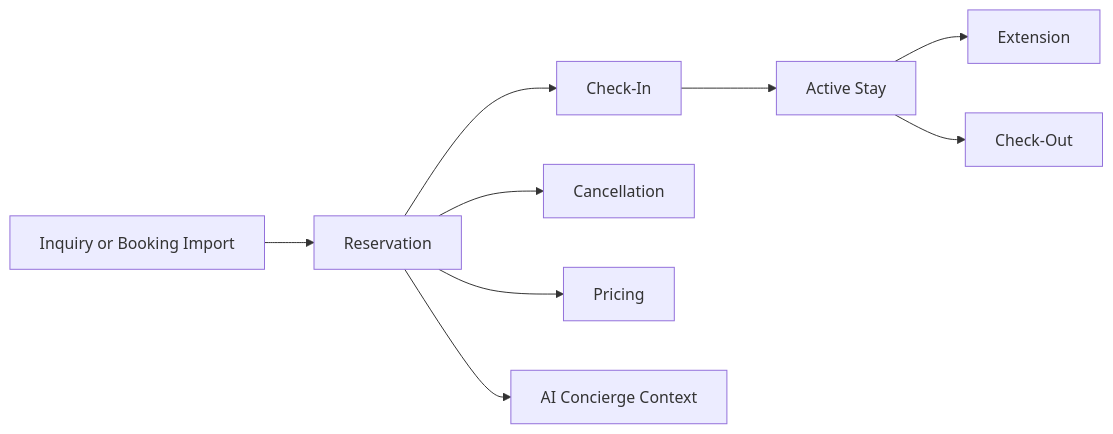
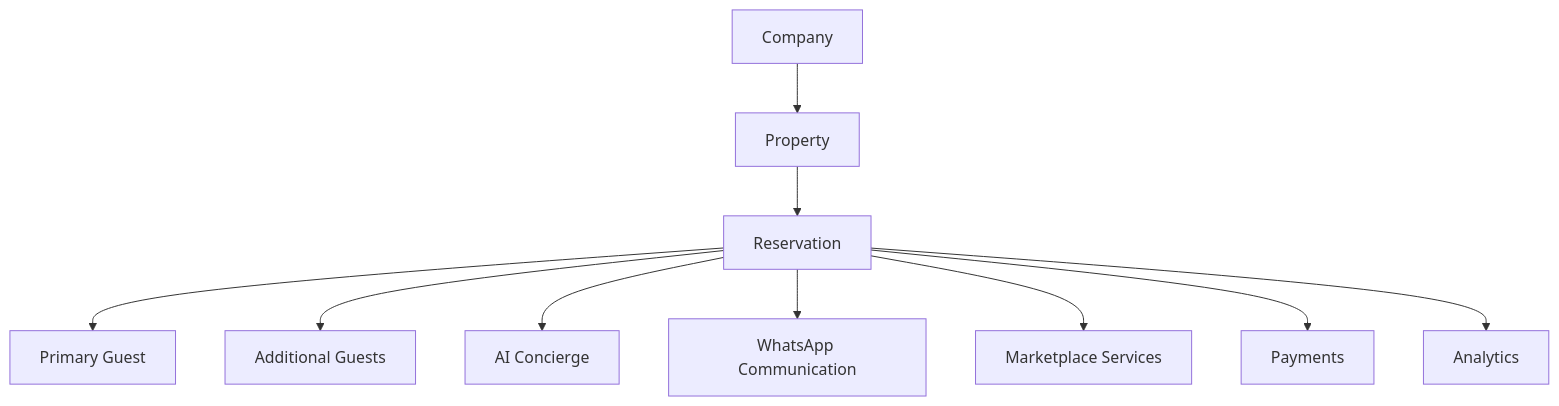
Before and after one commit to Bayomoustapha3730/stayflow-ai: the diagram in docs/product/reservation/README.md, drawn with Mermaid. The commit also changed other lines of this file and 15 other files, not shown here.

````diff
--- a/docs/product/reservation/README.md
+++ b/docs/product/reservation/README.md
@@ -16,11 +134,12 @@
 ```mermaid
-flowchart LR
-    Inquiry["Inquiry or Booking Import"] --> Reservation["Reservation"]
-    Reservation --> CheckIn["Check-In"]
-    CheckIn --> ActiveStay["Active Stay"]
-    ActiveStay --> Extension["Extension"]
-    ActiveStay --> CheckOut["Check-Out"]
-    Reservation --> Cancellation["Cancellation"]
-    Reservation --> Pricing["Pricing"]
-    Reservation --> Concierge["AI Concierge Context"]
+flowchart TD
+    Company["Company"] --> Property["Property"]
+    Property --> Reservation["Reservation"]
+    Reservation --> PrimaryGuest["Primary Guest"]
+    Reservation --> AdditionalGuests["Additional Guests"]
+    Reservation --> AI["AI Concierge"]
+    Reservation --> WhatsApp["WhatsApp Communication"]
+    Reservation --> Marketplace["Marketplace Services"]
+    Reservation --> Payments["Payments"]
+    Reservation --> Analytics["Analytics"]
 ```
````
